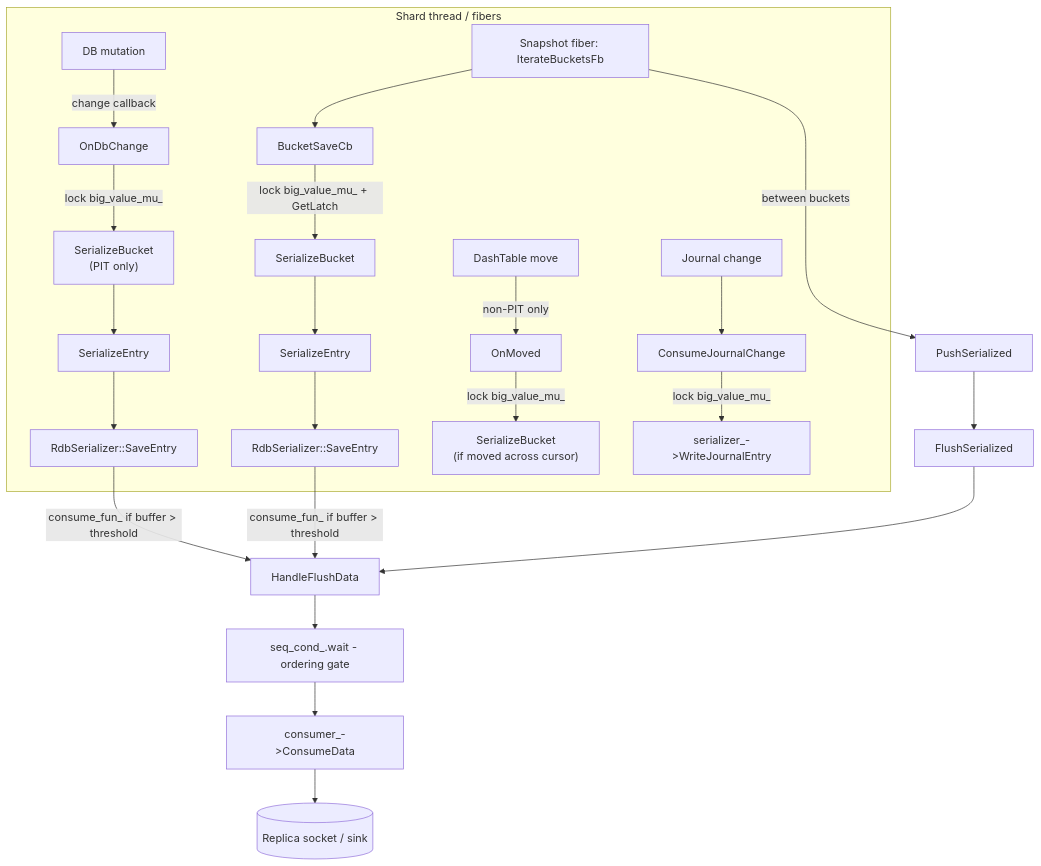
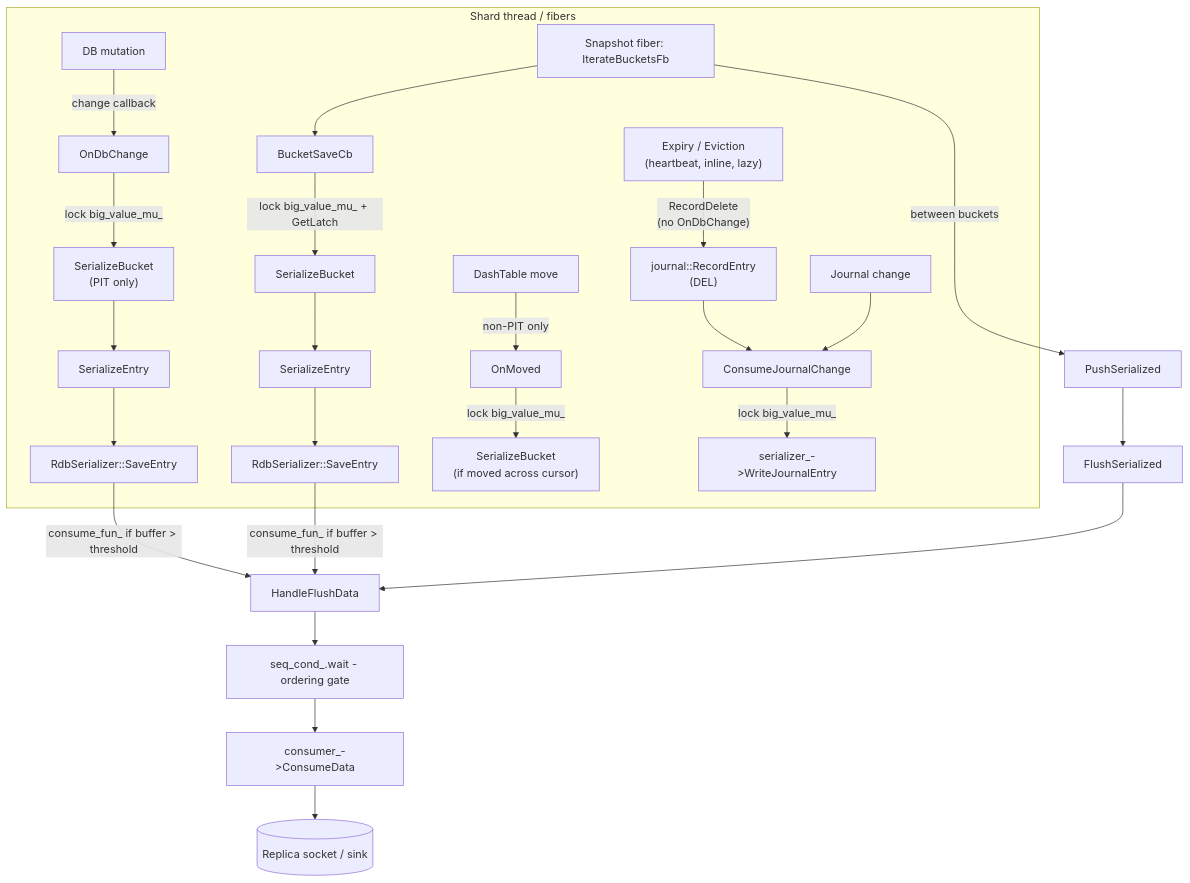
Before and after one commit to dragonflydb/dragonfly: the first of 6 diagrams in docs/shard-serialization.md, drawn with Mermaid. The commit also changed other lines of this file, not shown here.

````diff
--- a/docs/shard-serialization.md
+++ b/docs/shard-serialization.md
@@ -43,31 +43,34 @@
 ```mermaid
 flowchart TD
   subgraph ShardThread[Shard thread / fibers]
     MUT[DB mutation] -->|change callback| ODC[OnDbChange]
     ODC -->|lock big_value_mu_| SB1["SerializeBucket<br/>(PIT only)"]
     SB1 --> SE1[SerializeEntry]
     SE1 --> SAVE1[RdbSerializer::SaveEntry]
 
     TRAV[Snapshot fiber: IterateBucketsFb] --> BSCB[BucketSaveCb]
     BSCB -->|lock big_value_mu_ + GetLatch| SB2[SerializeBucket]
     SB2 --> SE2[SerializeEntry]
     SE2 --> SAVE2[RdbSerializer::SaveEntry]
 
     MOV[DashTable move] -->|non-PIT only| OMV[OnMoved]
     OMV -->|lock big_value_mu_| SB3["SerializeBucket<br/>(if moved across cursor)"]
 
+    EXP["Expiry / Eviction<br/>(heartbeat, inline, lazy)"] -->|"RecordDelete<br/>(no OnDbChange)"| JRN_DIRECT["journal::RecordEntry<br/>(DEL)"]
+    JRN_DIRECT --> CJC
+
     JRN[Journal change] --> CJC[ConsumeJournalChange]
     CJC -->|lock big_value_mu_| WJE[serializer_->WriteJournalEntry]
   end
 
   SAVE1 -->|consume_fun_ if buffer > threshold| HFD[HandleFlushData]
   SAVE2 -->|consume_fun_ if buffer > threshold| HFD
 
   TRAV -->|between buckets| PS[PushSerialized]
   PS --> FS[FlushSerialized]
   FS --> HFD
 
   HFD --> SEQ[seq_cond_.wait - ordering gate]
   SEQ --> CD[consumer_->ConsumeData]
   CD --> SINK[(Replica socket / sink)]
 ```
````
